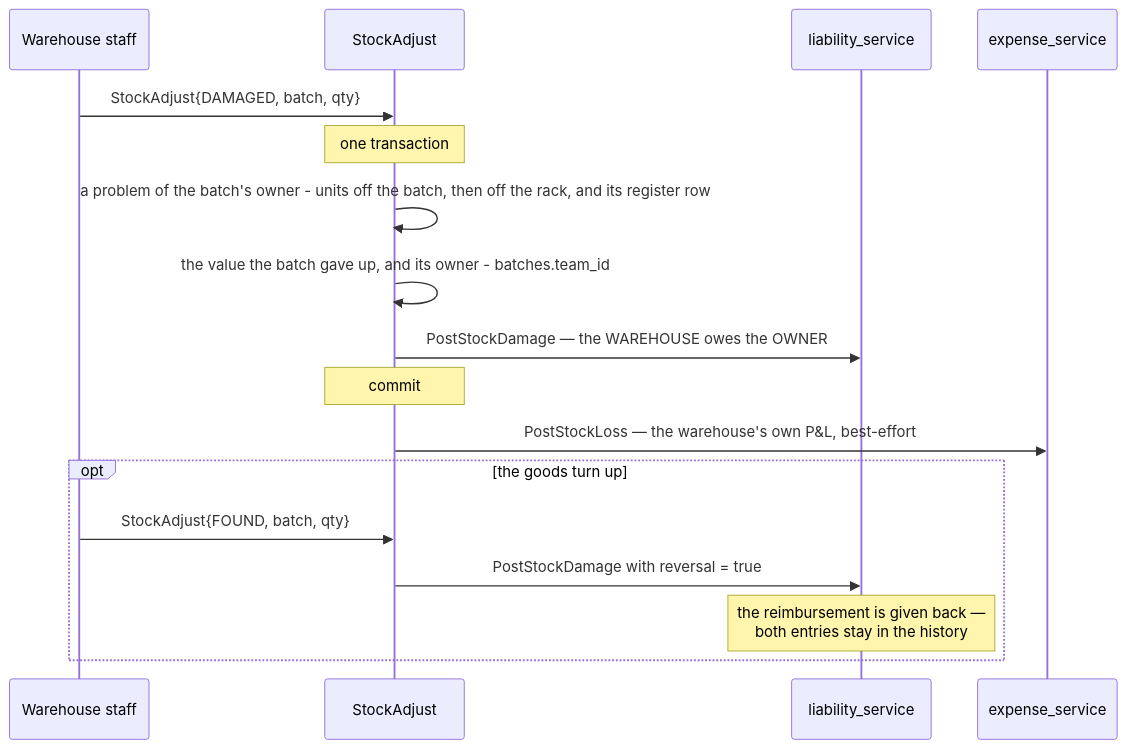
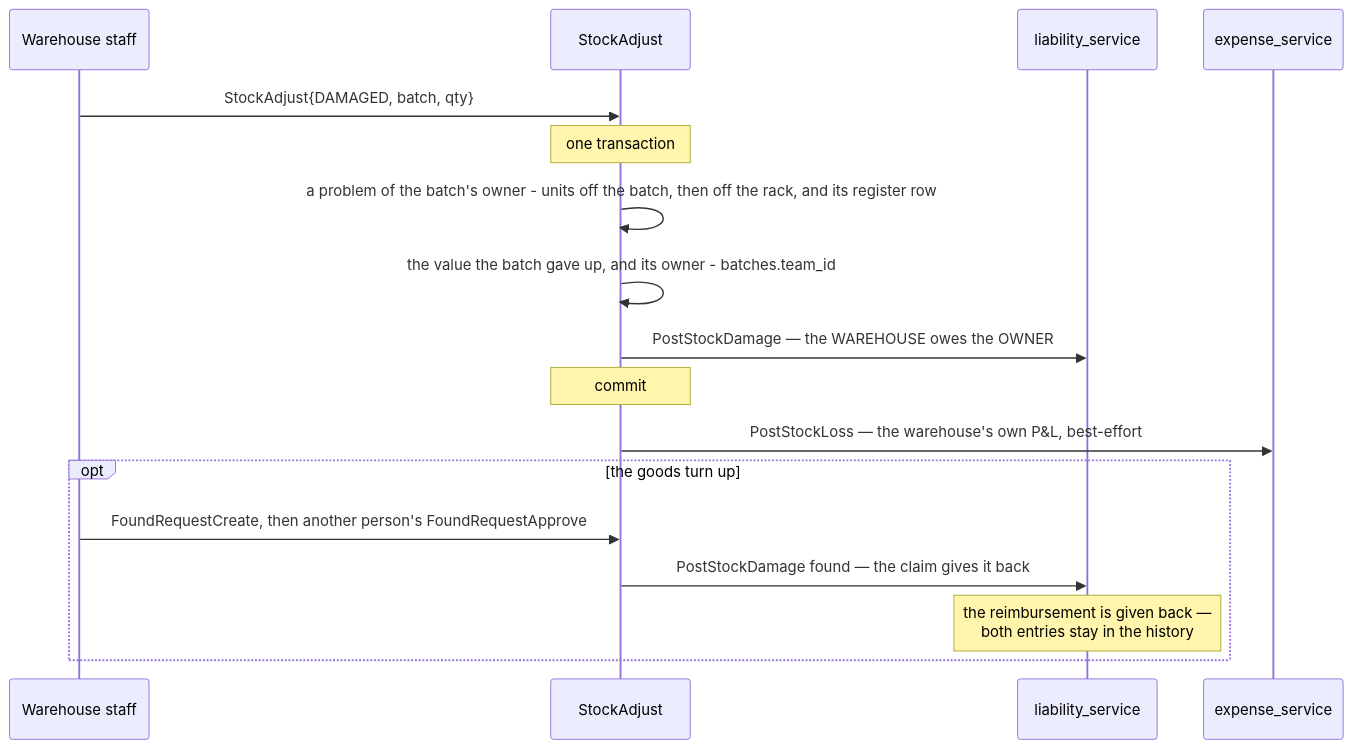
Before and after one commit to pdcgo/warehouse_revamp: diagram 21 of 23 in docs/services/inventory_service/rpc.md, drawn with Mermaid. The commit also changed other lines of this file and 123 other files, not shown here.

````diff
--- a/docs/services/inventory_service/rpc.md
+++ b/docs/services/inventory_service/rpc.md
@@ -867,21 +1000,21 @@
 ```mermaid
 sequenceDiagram
     participant W as Warehouse staff
     participant I as StockAdjust
     participant S as liability_service
     participant E as expense_service
 
     W->>I: StockAdjust{DAMAGED, batch, qty}
     Note over I: one transaction
     I->>I: a problem of the batch's owner - units off the batch, then off the rack, and its register row
     I->>I: the value the batch gave up, and its owner - batches.team_id
     I->>S: PostStockDamage — the WAREHOUSE owes the OWNER
     Note over I: commit
     I->>E: PostStockLoss — the warehouse's own P&L, best-effort
 
     opt the goods turn up
-        W->>I: StockAdjust{FOUND, batch, qty}
-        I->>S: PostStockDamage with reversal = true
+        W->>I: FoundRequestCreate, then another person's FoundRequestApprove
+        I->>S: PostStockDamage found — the claim gives it back
         Note over S: the reimbursement is given back —<br/>both entries stay in the history
     end
 ```
````
